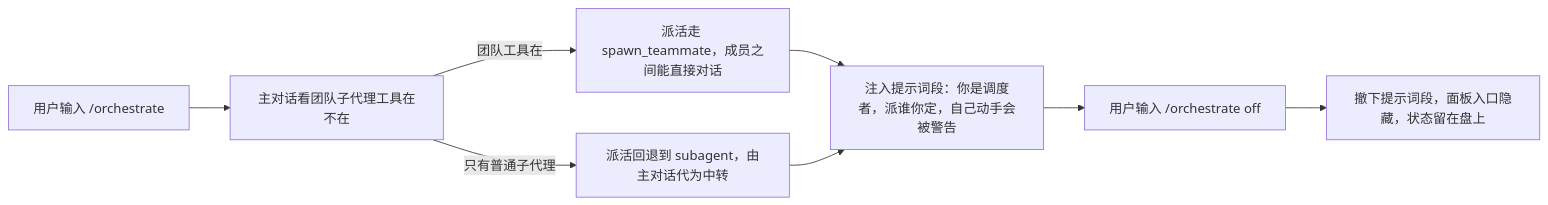
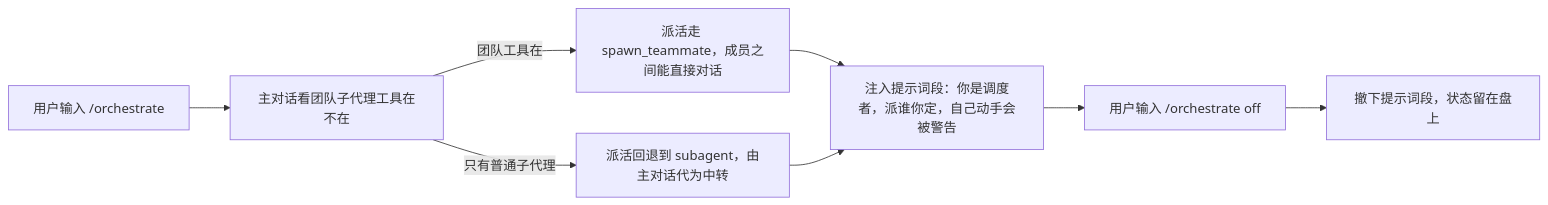
Before and after one commit to LMQ00/dsh-method: the diagram in .spec/flows/mode-enter.md, drawn with Mermaid. The commit also changed other lines of this file and 14 other files, not shown here.

First line of the commit message:
feat!: 去掉面板、手机镜像与「图」的说法，方案只以数据存在

````diff
--- a/.spec/flows/mode-enter.md
+++ b/.spec/flows/mode-enter.md
@@ -5,17 +5,17 @@
 ```mermaid
 flowchart LR
   m1["用户输入 /orchestrate"]
   m2["主对话看团队子代理工具在不在"]
   m3["派活走 spawn_teammate，成员之间能直接对话"]
   m4["派活回退到 subagent，由主对话代为中转"]
   m5["注入提示词段：你是调度者，派谁你定，自己动手会被警告"]
   m6["用户输入 /orchestrate off"]
-  m7["撤下提示词段，面板入口隐藏，状态留在盘上"]
+  m7["撤下提示词段，状态留在盘上"]
   m1 --> m2
   m2 -->|团队工具在| m3
   m2 -->|只有普通子代理| m4
   m3 --> m5
   m4 --> m5
   m5 --> m6
   m6 --> m7
 ```
````
